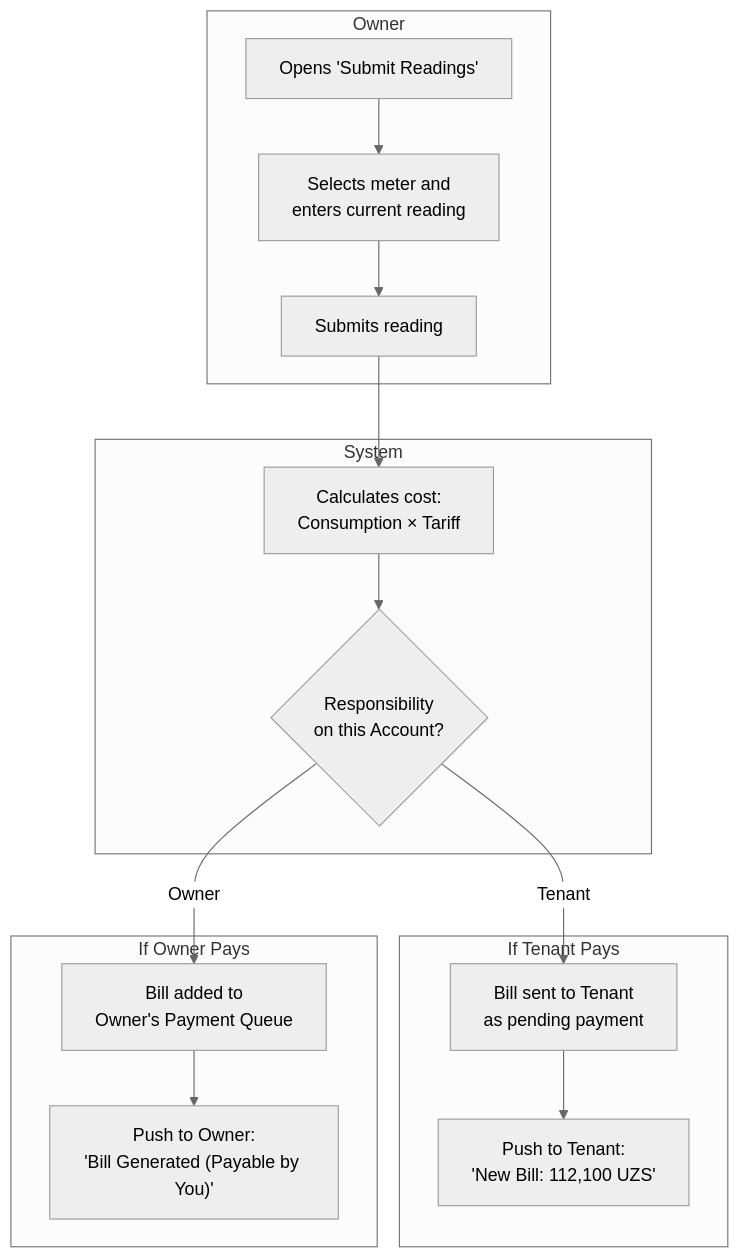
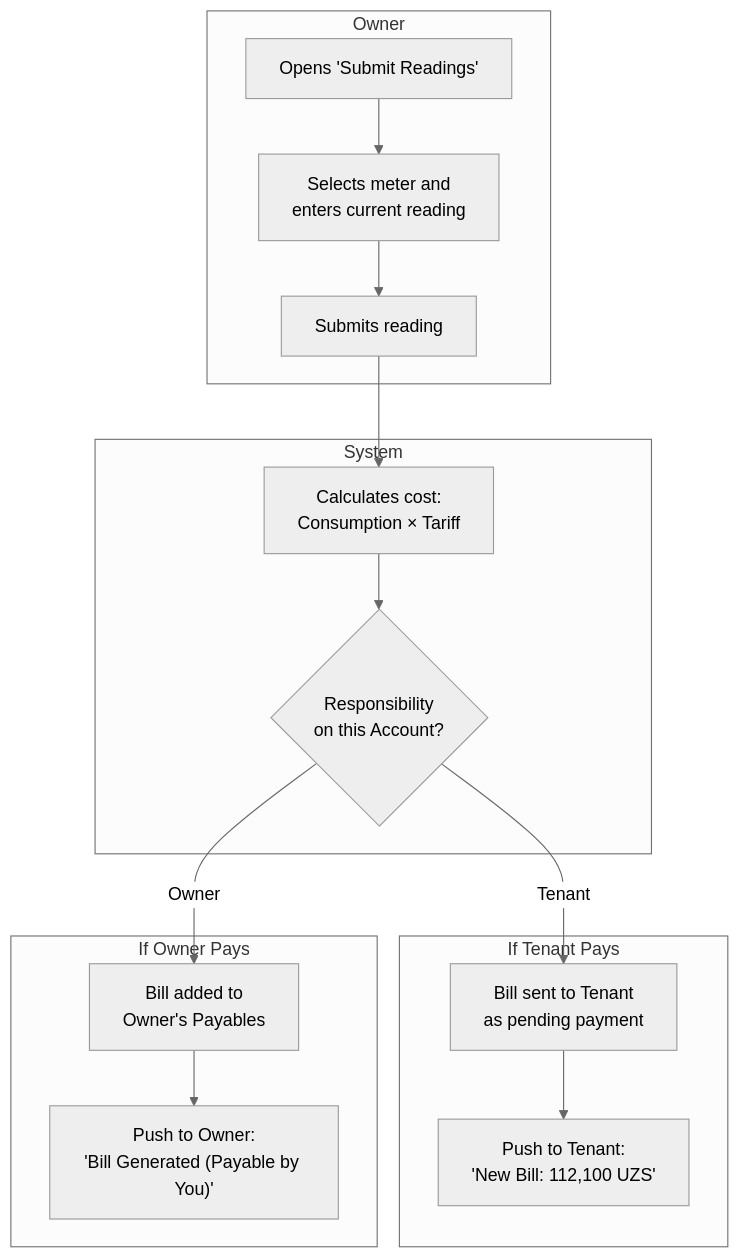
One commit to saodatm-dev/Utilities---Informational-Architecture changed the fifth of 11 diagrams in Utilities - Business Owner.md. Above: the diagram before and after it, drawn with Mermaid (neutral theme). The commit also changed other lines of this file, not shown here.

Commit message:
feat: Add non-metered settlement flow documentation and update owner bill terminology from 'Payment Queue' to 'Payables'.

````diff
--- a/Utilities - Business Owner.md
+++ b/Utilities - Business Owner.md
@@ -154,21 +154,21 @@
 ```mermaid
 flowchart TD
     subgraph OWNER_ACTIONS ["Owner"]
         OPEN["Opens 'Submit Readings'"] --> SELECT["Selects meter and<br/>enters current reading"] --> SUBMIT["Submits reading"]
     end
 
     subgraph SYSTEM_ACTIONS ["System"]
         SUBMIT --> CALC["Calculates cost:<br/>Consumption × Tariff"]
         CALC --> CHECK_RESP{"Responsibility<br/>on this Account?"}
     end
 
     subgraph TENANT_PATH ["If Tenant Pays"]
         CHECK_RESP -->|"Tenant"| BILL_T["Bill sent to Tenant<br/>as pending payment"]
         BILL_T --> NOTIFY_T["Push to Tenant:<br/>'New Bill: 112,100 UZS'"]
     end
 
     subgraph OWNER_PATH ["If Owner Pays"]
-        CHECK_RESP -->|"Owner"| BILL_O["Bill added to<br/>Owner's Payment Queue"]
+        CHECK_RESP -->|"Owner"| BILL_O["Bill added to<br/>Owner's Payables"]
         BILL_O --> NOTIFY_O["Push to Owner:<br/>'Bill Generated (Payable by You)'"]
     end
 ```
````
